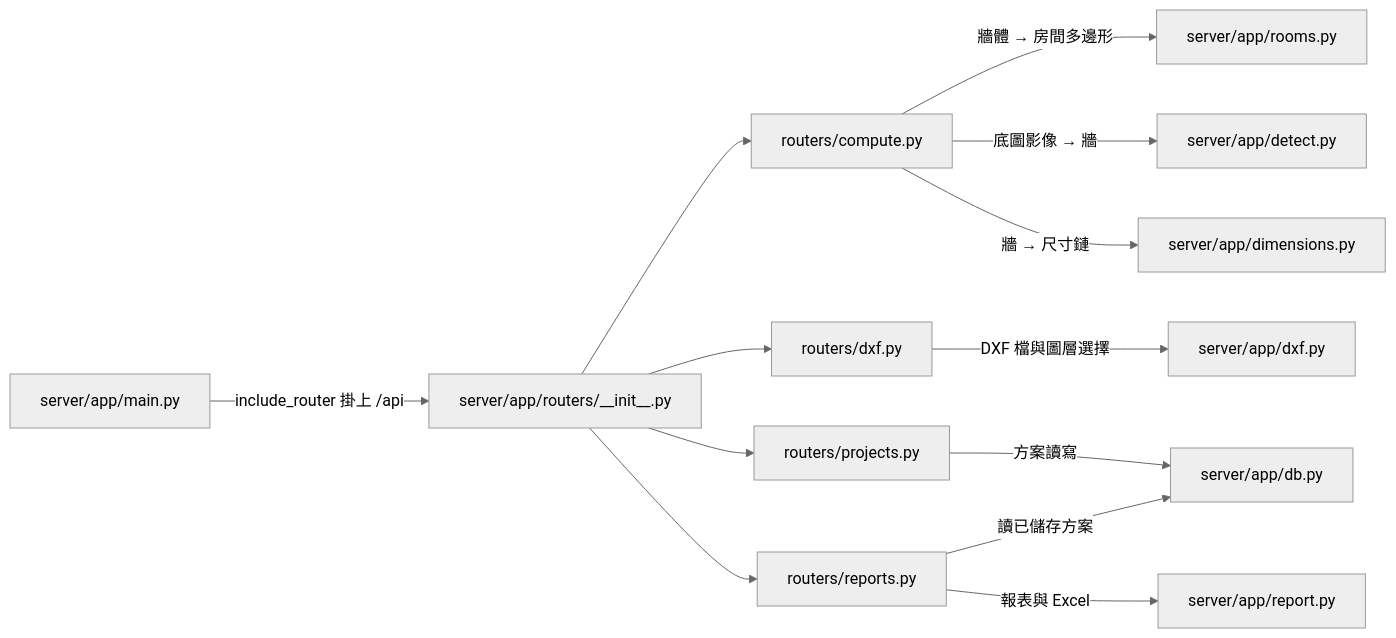
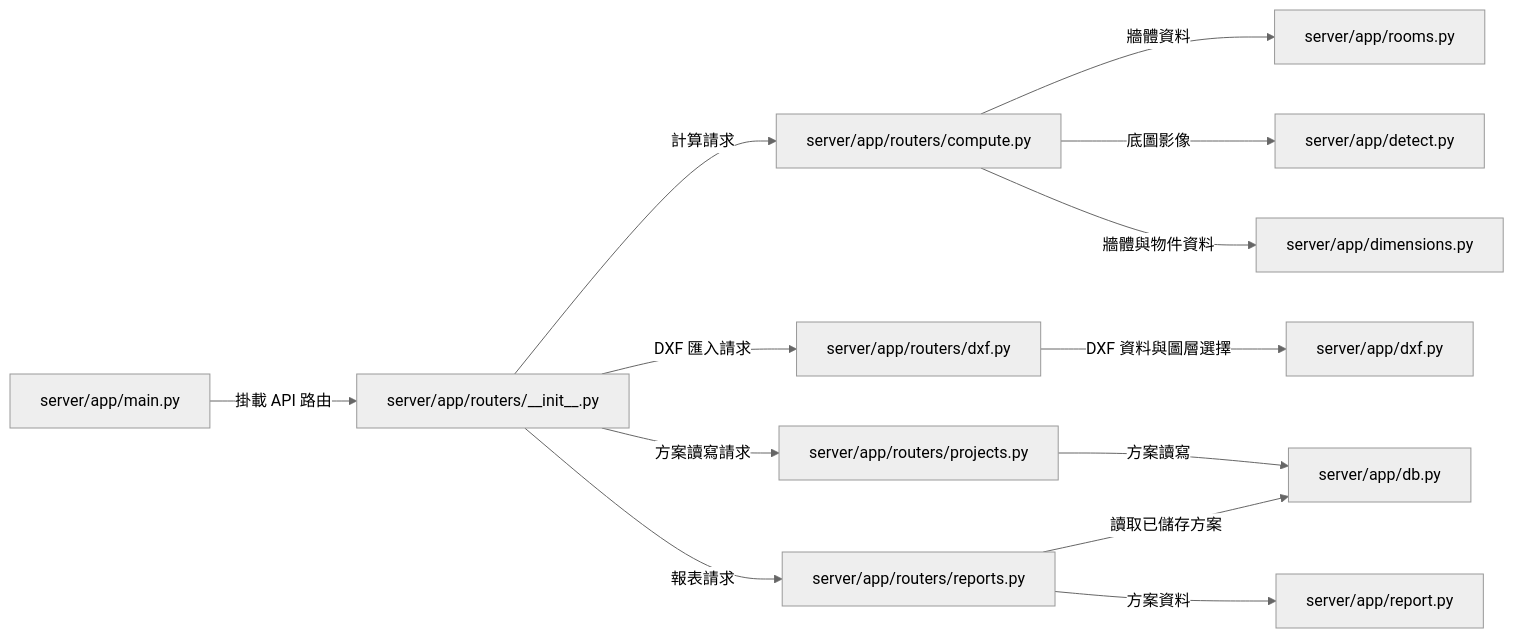
One commit to bruuucechang/interiordesign changed the fourth of 4 diagrams in README.md. Above: the diagram before and after it, drawn with Mermaid (neutral theme). The commit also changed other lines of this file, not shown here.

````diff
--- a/README.md
+++ b/README.md
@@ -80,15 +79,15 @@
 ```mermaid
 flowchart LR
-    Main["server/app/main.py"] -->|"include_router 掛上 /api"| Routes["server/app/routers/__init__.py"]
-    Routes --> Compute["routers/compute.py"]
-    Routes --> DxfR["routers/dxf.py"]
-    Routes --> Projects["routers/projects.py"]
-    Routes --> Reports["routers/reports.py"]
-    Compute -->|"牆體 → 房間多邊形"| Rooms["server/app/rooms.py"]
-    Compute -->|"底圖影像 → 牆"| Detect["server/app/detect.py"]
-    Compute -->|"牆 → 尺寸鏈"| Dim["server/app/dimensions.py"]
-    DxfR -->|"DXF 檔與圖層選擇"| DXF["server/app/dxf.py"]
+    Main["server/app/main.py"] -->|掛載 API 路由| Routes["server/app/routers/__init__.py"]
+    Routes -->|計算請求| Compute["server/app/routers/compute.py"]
+    Routes -->|DXF 匯入請求| DxfR["server/app/routers/dxf.py"]
+    Routes -->|方案讀寫請求| Projects["server/app/routers/projects.py"]
+    Routes -->|報表請求| Reports["server/app/routers/reports.py"]
+    Compute -->|牆體資料| Rooms["server/app/rooms.py"]
+    Compute -->|底圖影像| Detect["server/app/detect.py"]
+    Compute -->|牆體與物件資料| Dim["server/app/dimensions.py"]
+    DxfR -->|DXF 資料與圖層選擇| DXF["server/app/dxf.py"]
     Projects -->|方案讀寫| DB["server/app/db.py"]
-    Reports -->|讀已儲存方案| DB
-    Reports -->|"報表與 Excel"| Report["server/app/report.py"]
+    Reports -->|讀取已儲存方案| DB
+    Reports -->|方案資料| Report["server/app/report.py"]
 ```
````
